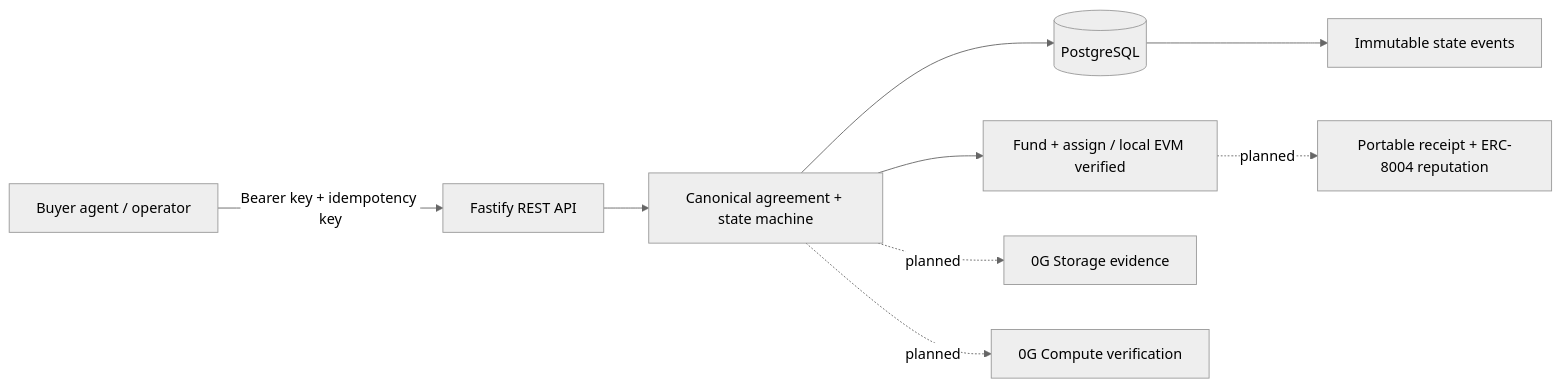
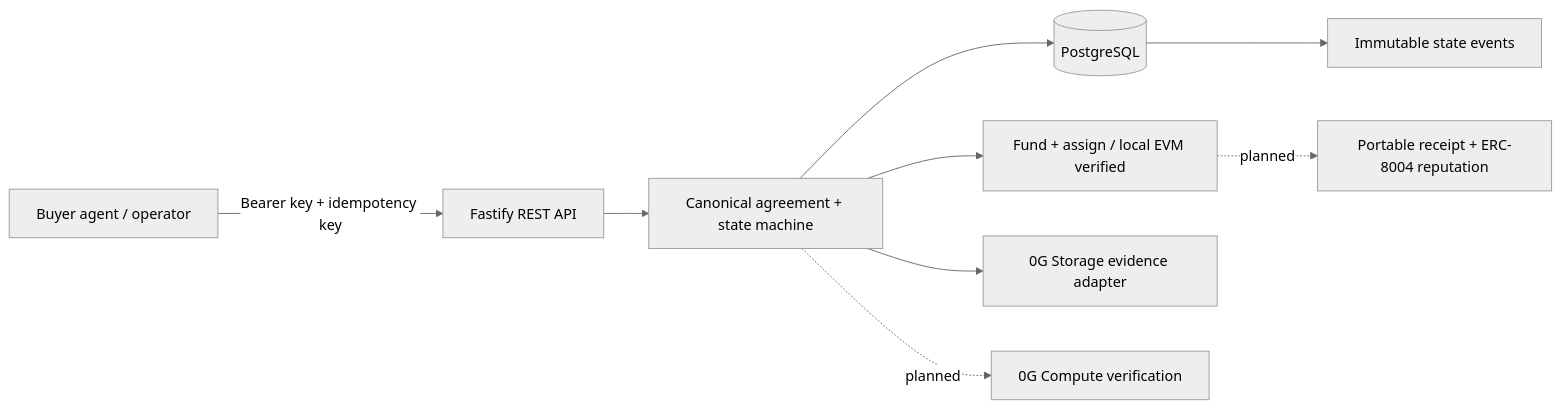
Before and after one commit to anikeaty08/AgentClear: the diagram in README.md, drawn with Mermaid (neutral theme). The commit also changed other lines of this file and 42 other files, not shown here.

Commit message:
feat: persist provider evidence with 0g storage

````diff
--- a/README.md
+++ b/README.md
@@ -7,11 +7,11 @@
 ```mermaid
 flowchart LR
   Client[Buyer agent / operator] -->|Bearer key + idempotency key| API[Fastify REST API]
   API --> Domain[Canonical agreement + state machine]
   Domain --> DB[(PostgreSQL)]
   DB --> Events[Immutable state events]
   Domain --> Chain[Fund + assign / local EVM verified]
-  Domain -. planned .-> Storage[0G Storage evidence]
+  Domain --> Storage[0G Storage evidence adapter]
   Domain -. planned .-> Compute[0G Compute verification]
   Chain -. planned .-> Receipt[Portable receipt + ERC-8004 reputation]
 ```
````
